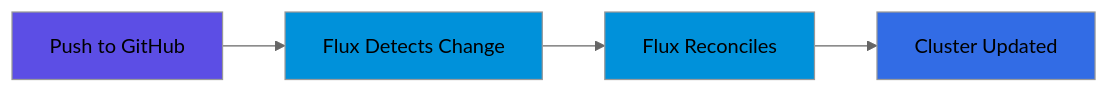
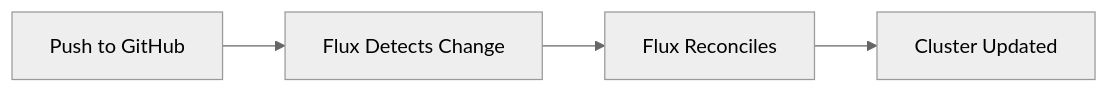
Before and after one commit to tscibilia/home-ops: the first of 2 diagrams in docs/kubernetes/overview.md, drawn with Mermaid (neutral theme). The commit also changed other lines of this file and 9 other files, not shown here.

````diff
--- a/docs/kubernetes/overview.md
+++ b/docs/kubernetes/overview.md
@@ -9,11 +9,6 @@
 ```mermaid
 graph LR
     A[Push to GitHub] --> B[Flux Detects Change]
     B --> C[Flux Reconciles]
     C --> D[Cluster Updated]
-
-    style A fill:#5c4ee5
-    style B fill:#0091da
-    style C fill:#0091da
-    style D fill:#326ce5
 ```
````
